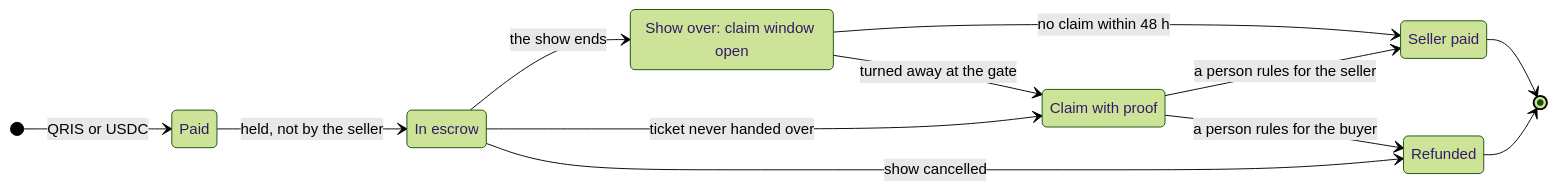
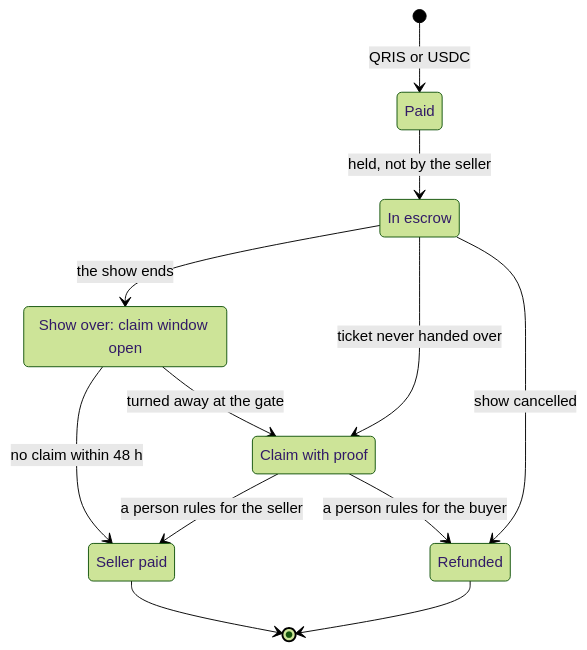
The second of 3 diagrams in README.md (Lummy-Ticket/lummy), drawn with Mermaid (forest theme) before and after one commit.

Commit message:
Public README: the order diagram runs top to bottom, so its labels stay readable

````diff
--- a/README.md
+++ b/README.md
@@ -99,21 +99,20 @@
 ```mermaid
 stateDiagram-v2
-    direction LR
     state "Paid" as paid
     state "In escrow" as escrow
     state "Show over: claim window open" as window
     state "Claim with proof" as claim
     state "Seller paid" as released
     state "Refunded" as refunded
     [*] --> paid: QRIS or USDC
     paid --> escrow: held, not by the seller
     escrow --> window: the show ends
     window --> released: no claim within 48 h
     window --> claim: turned away at the gate
     escrow --> claim: ticket never handed over
     claim --> refunded: a person rules for the buyer
     claim --> released: a person rules for the seller
     escrow --> refunded: show cancelled
     released --> [*]
     refunded --> [*]
 ```
````
